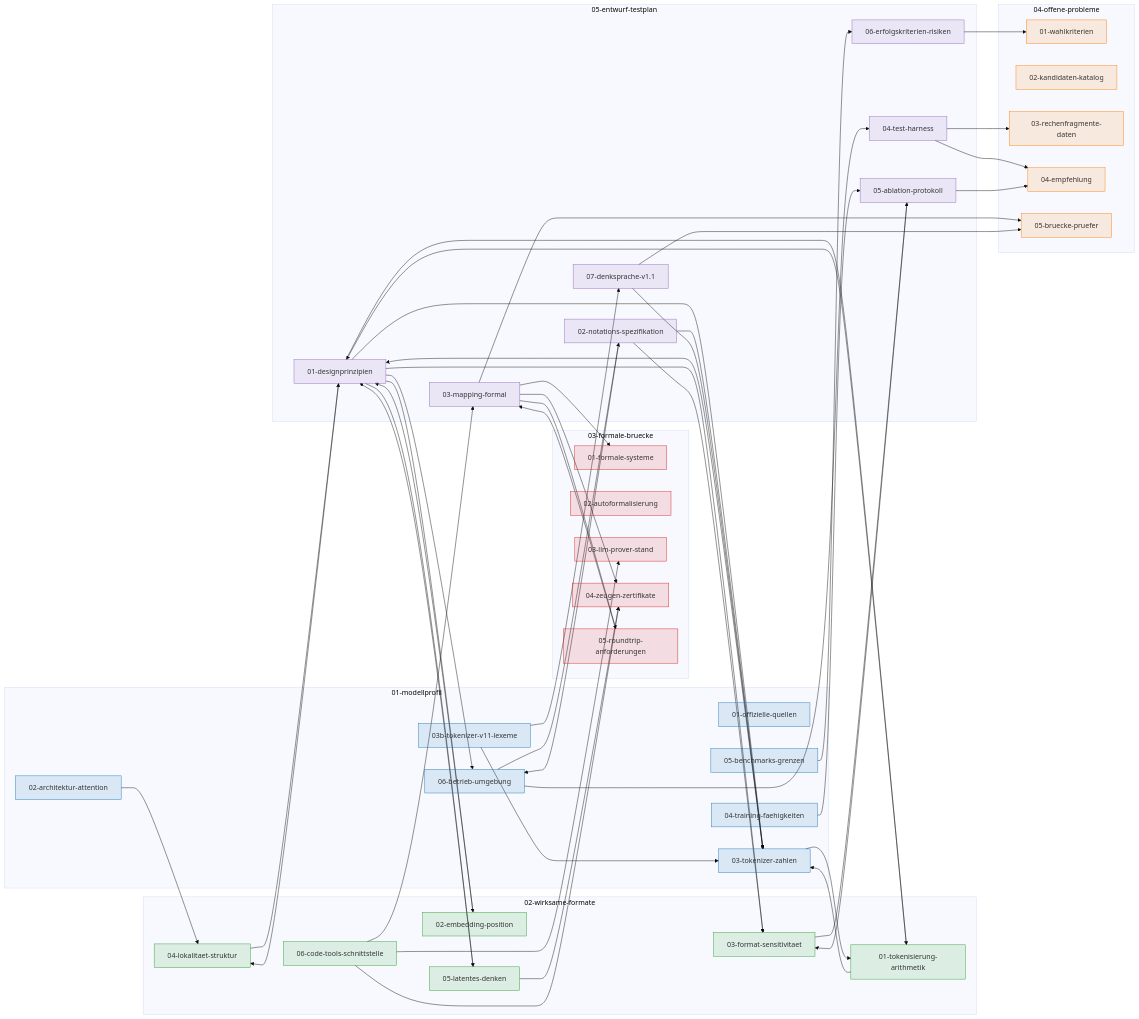
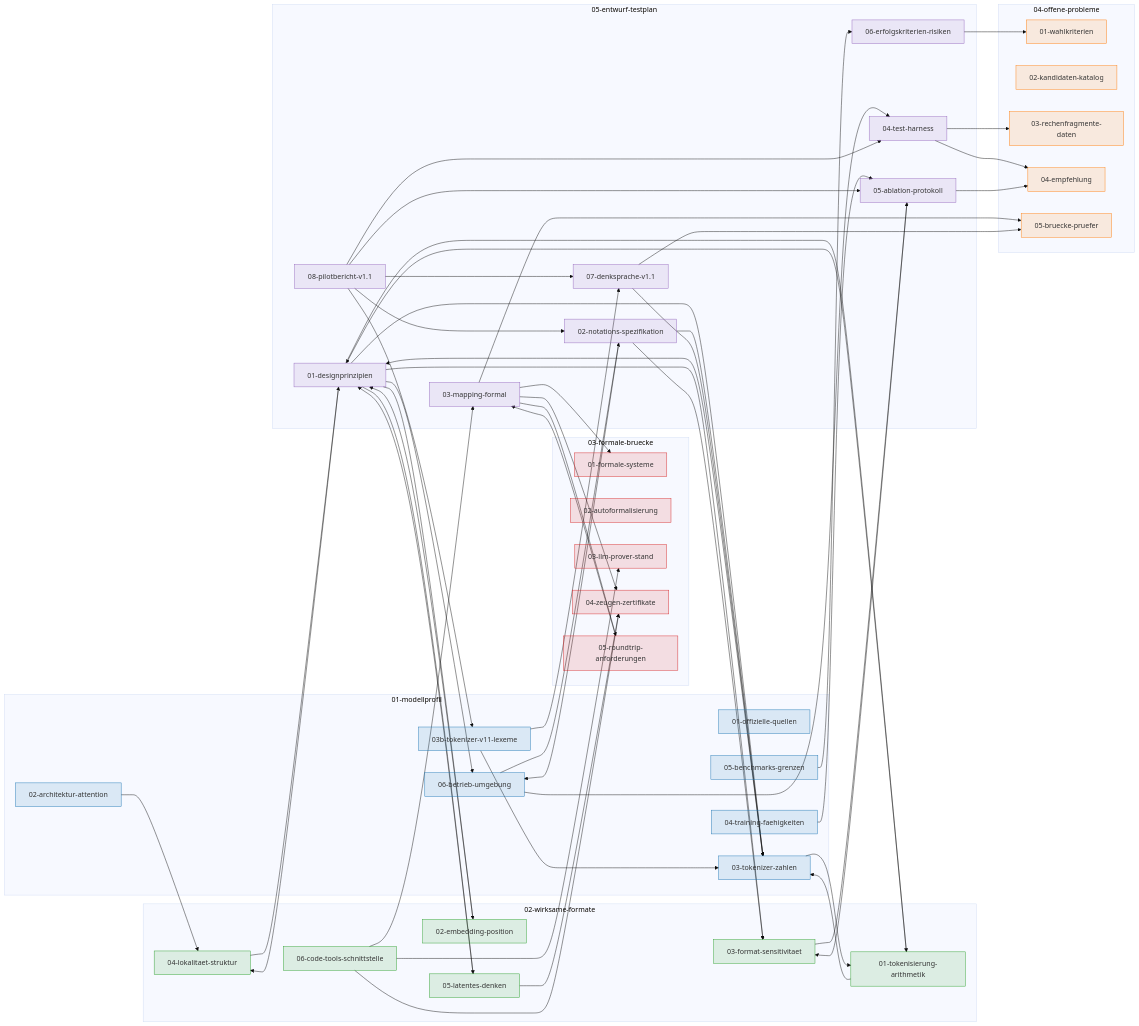
Before and after one commit to carsteneu/proofboy: the diagram in yesdocs/deepseek-math-notation/wiki/INDEX.md, drawn with Mermaid (base theme). The commit also changed other lines of this file and 3 other files, not shown here.

````diff
--- a/yesdocs/deepseek-math-notation/wiki/INDEX.md
+++ b/yesdocs/deepseek-math-notation/wiki/INDEX.md
@@ -69,6 +69,7 @@
     F0505[05-ablation-protokoll]
     F0506[06-erfolgskriterien-risiken]
     F0507[07-denksprache-v1.1]
+    F0508[08-pilotbericht-v1.1]
   end
   F0102 --> F0204
   F0103 --> F0201
@@ -111,6 +112,11 @@
   F0507 --> F0405
   F0103B --> F0103
   F0103B --> F0507
+  F0508 --> F0507
+  F0508 --> F0505
+  F0508 --> F0504
+  F0508 --> F0502
+  F0508 --> F0103B
   classDef C01 fill:#1f77b422,stroke:#1f77b4,stroke-width:1px
   classDef C02 fill:#2ca02c22,stroke:#2ca02c,stroke-width:1px
   classDef C03 fill:#d6272822,stroke:#d62728,stroke-width:1px
@@ -120,5 +126,5 @@
   class F0201,F0202,F0203,F0204,F0205,F0206 C02
   class F0301,F0302,F0303,F0304,F0305 C03
   class F0401,F0402,F0403,F0404,F0405 C04
-  class F0501,F0502,F0503,F0504,F0505,F0506,F0507 C05
+  class F0501,F0502,F0503,F0504,F0505,F0506,F0507,F0508 C05
 ```
````
